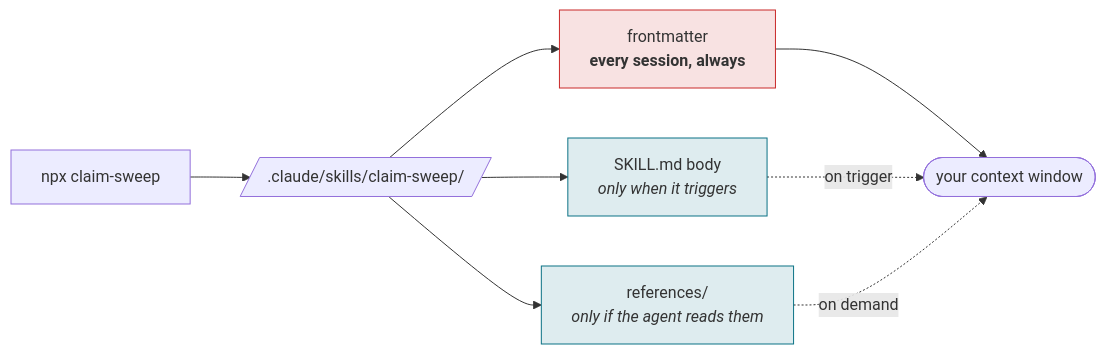
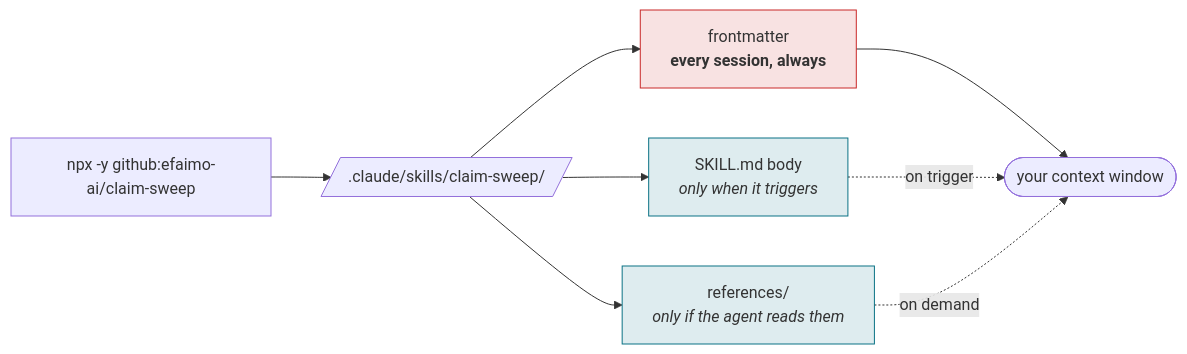
The second of 3 diagrams in README.md (efaimo-ai/claim-sweep), drawn with Mermaid before and after one commit. The commit also changed other lines of this file and 1 other file, not shown here.

````diff
--- a/README.md
+++ b/README.md
@@ -134,14 +144,14 @@
 ```mermaid
 flowchart LR
-    N["npx claim-sweep"] --> D[/".claude/skills/claim-sweep/"/]
+    N["npx -y github:efaimo-ai/claim-sweep"] --> D[/".claude/skills/claim-sweep/"/]
     D --> M["frontmatter<br/><b>every session, always</b>"]
     D --> B["SKILL.md body<br/><i>only when it triggers</i>"]
     D --> R["references/<br/><i>only if the agent reads them</i>"]
     M --> S(["your context window"])
     B -.->|"on trigger"| S
     R -.->|"on demand"| S
     classDef always fill:#c9282822,stroke:#c92828,stroke-width:1px;
     classDef lazy fill:#0b728522,stroke:#0b7285,stroke-width:1px;
     class M always;
     class B,R lazy;
 ```
````
